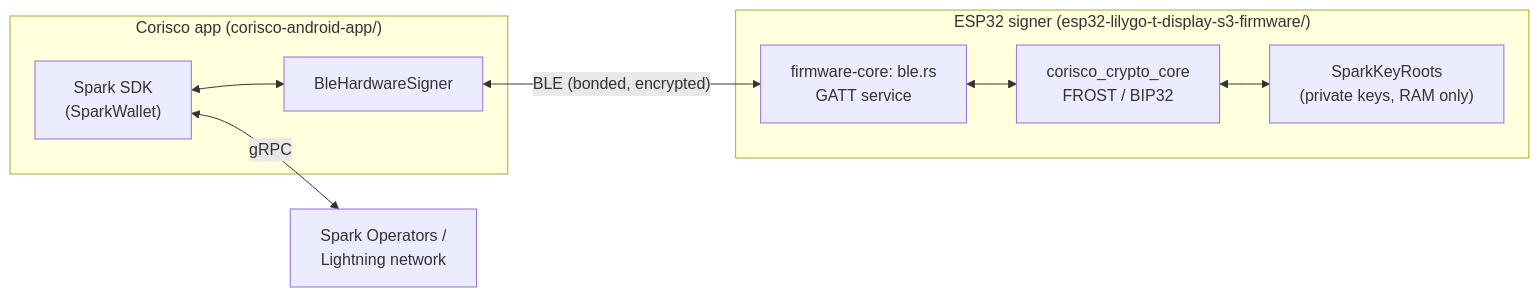
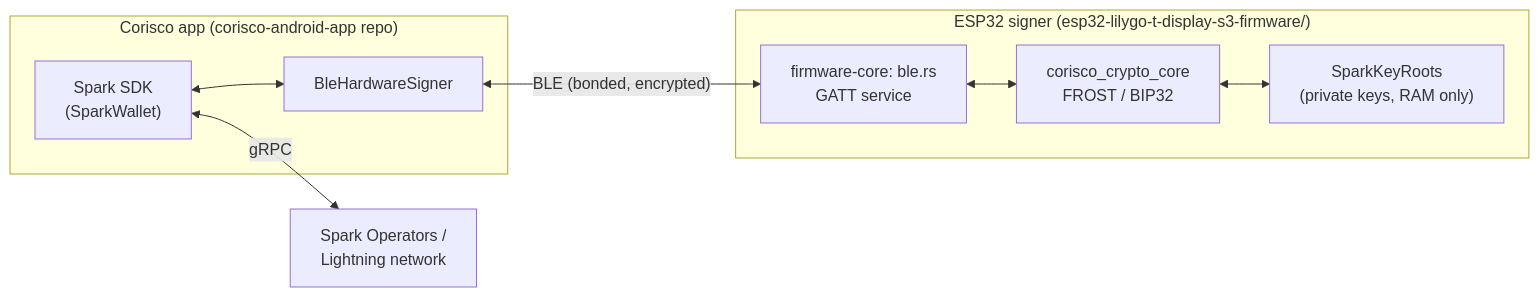
Before and after one commit to corisco-wallet/corisco-firmware: the first of 2 diagrams in docs/architecture.md, drawn with Mermaid. The commit also changed other lines of this file and 43 other files, not shown here.

Commit message:
refactor: move corisco-android-app to its own repo

````diff
--- a/docs/architecture.md
+++ b/docs/architecture.md
@@ -13,19 +14,19 @@
 ```mermaid
 flowchart LR
-    subgraph Phone["Corisco app (corisco-android-app/)"]
+    subgraph Phone["Corisco app (corisco-android-app repo)"]
         SDK["Spark SDK\n(SparkWallet)"]
         Signer["BleHardwareSigner"]
         SDK <--> Signer
     end
     subgraph Signer_HW["ESP32 signer (esp32-lilygo-t-display-s3-firmware/)"]
         BLE["firmware-core: ble.rs\nGATT service"]
         Core["corisco_crypto_core\nFROST / BIP32"]
         Roots["SparkKeyRoots\n(private keys, RAM only)"]
         BLE <--> Core
         Core <--> Roots
     end
     Net["Spark Operators /\nLightning network"]
 
     Signer <-- "BLE (bonded, encrypted)" --> BLE
     SDK <-- "gRPC" --> Net
 ```
````
